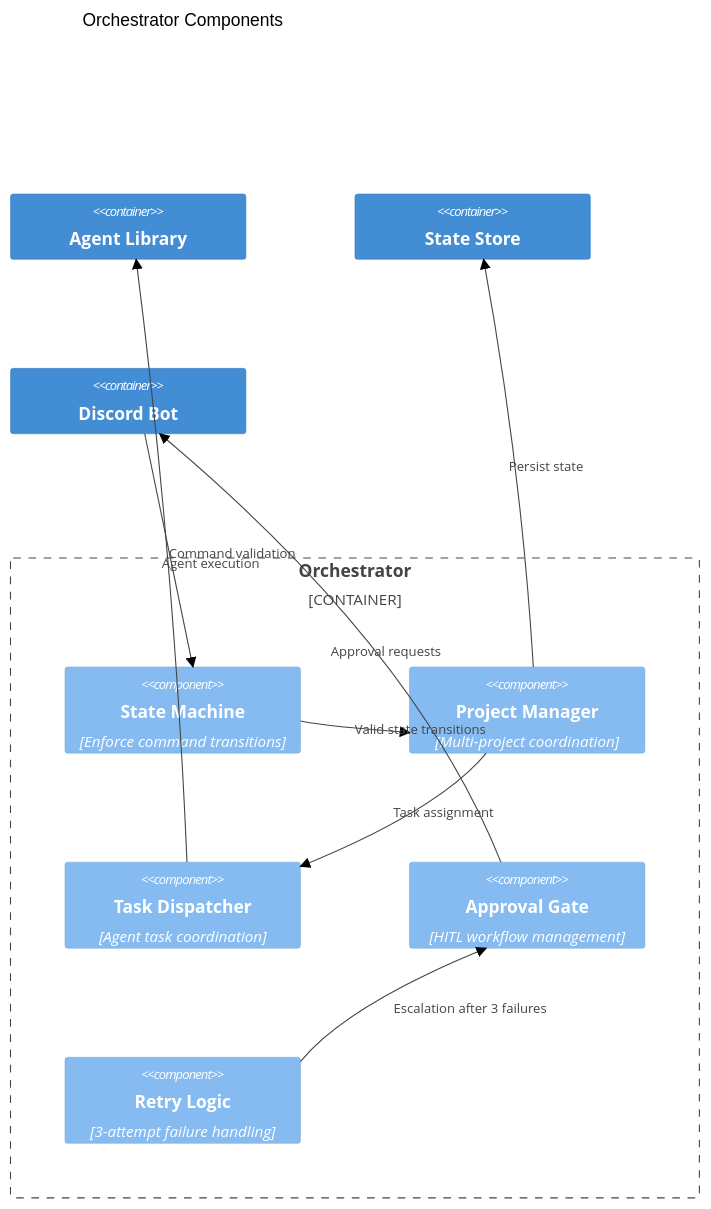
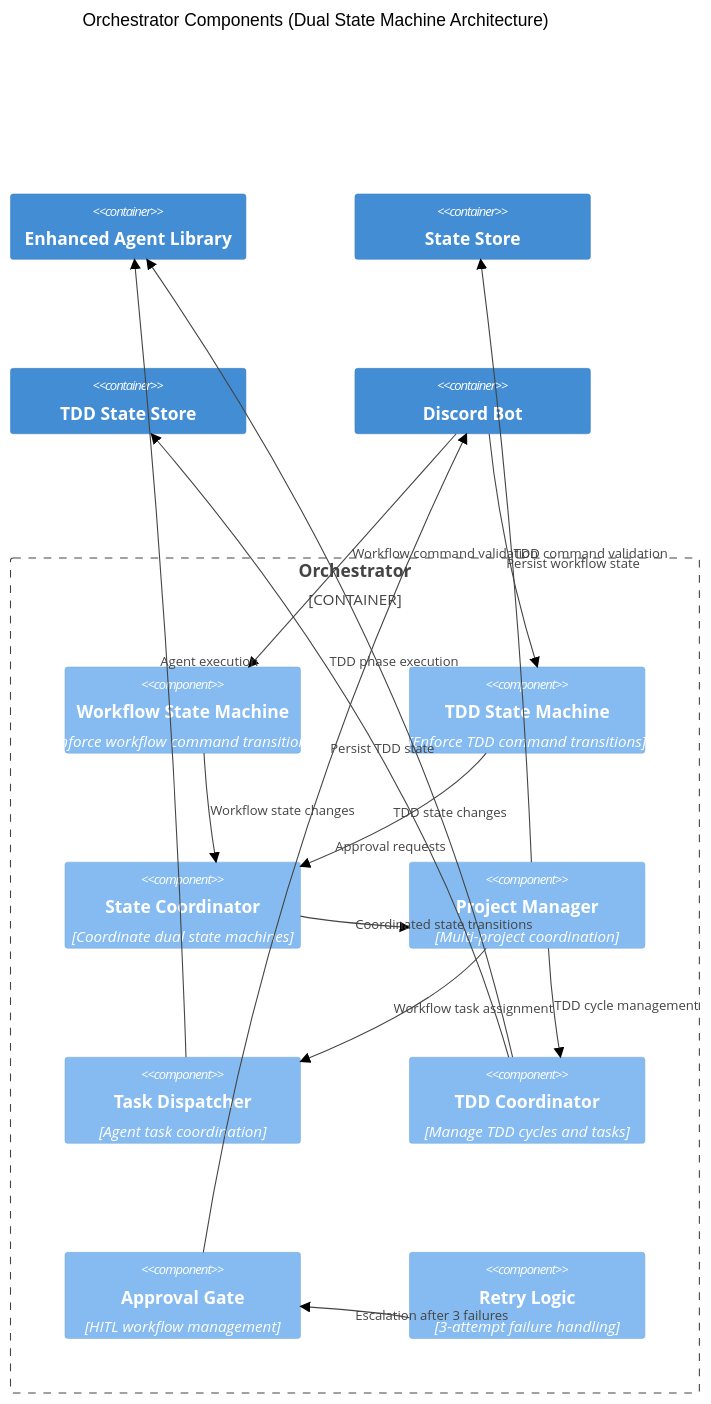
One commit to jmontp/agent-workflow changed the second of 5 diagrams in docs_src/advanced/component.md. Above: the diagram before and after it, drawn with Mermaid (forest theme). The commit also changed other lines of this file and 9 other files, not shown here.

First line of the commit message:
Update advanced documentation for dual state machine architecture with TDD integration

````diff
--- a/docs_src/advanced/component.md
+++ b/docs_src/advanced/component.md
@@ -32,24 +34,34 @@
 ```mermaid
 C4Component
-    title Orchestrator Components
+    title Orchestrator Components (Dual State Machine Architecture)
 
     Container_Boundary(orchestrator, "Orchestrator") {
-        Component(state_machine, "State Machine", "Enforce command transitions")
+        Component(workflow_sm, "Workflow State Machine", "Enforce workflow command transitions")
+        Component(tdd_sm, "TDD State Machine", "Enforce TDD command transitions")
+        Component(state_coordinator, "State Coordinator", "Coordinate dual state machines")
         Component(project_manager, "Project Manager", "Multi-project coordination")
         Component(task_dispatcher, "Task Dispatcher", "Agent task coordination")
+        Component(tdd_coordinator, "TDD Coordinator", "Manage TDD cycles and tasks")
         Component(approval_gate, "Approval Gate", "HITL workflow management")
         Component(retry_logic, "Retry Logic", "3-attempt failure handling")
     }
     
-    Container(agent_lib, "Agent Library")
+    Container(agent_lib, "Enhanced Agent Library")
     Container(state_store, "State Store")
+    Container(tdd_store, "TDD State Store")
     Container(discord_bot, "Discord Bot")
     
-    Rel(discord_bot, state_machine, "Command validation")
-    Rel(state_machine, project_manager, "Valid state transitions")
-    Rel(project_manager, task_dispatcher, "Task assignment")
+    Rel(discord_bot, workflow_sm, "Workflow command validation")
+    Rel(discord_bot, tdd_sm, "TDD command validation")
+    Rel(workflow_sm, state_coordinator, "Workflow state changes")
+    Rel(tdd_sm, state_coordinator, "TDD state changes")
+    Rel(state_coordinator, project_manager, "Coordinated state transitions")
+    Rel(project_manager, task_dispatcher, "Workflow task assignment")
+    Rel(project_manager, tdd_coordinator, "TDD cycle management")
     Rel(task_dispatcher, agent_lib, "Agent execution")
+    Rel(tdd_coordinator, agent_lib, "TDD phase execution")
     Rel(approval_gate, discord_bot, "Approval requests")
     Rel(retry_logic, approval_gate, "Escalation after 3 failures")
-    Rel(project_manager, state_store, "Persist state")
+    Rel(project_manager, state_store, "Persist workflow state")
+    Rel(tdd_coordinator, tdd_store, "Persist TDD state")
 ```
````
